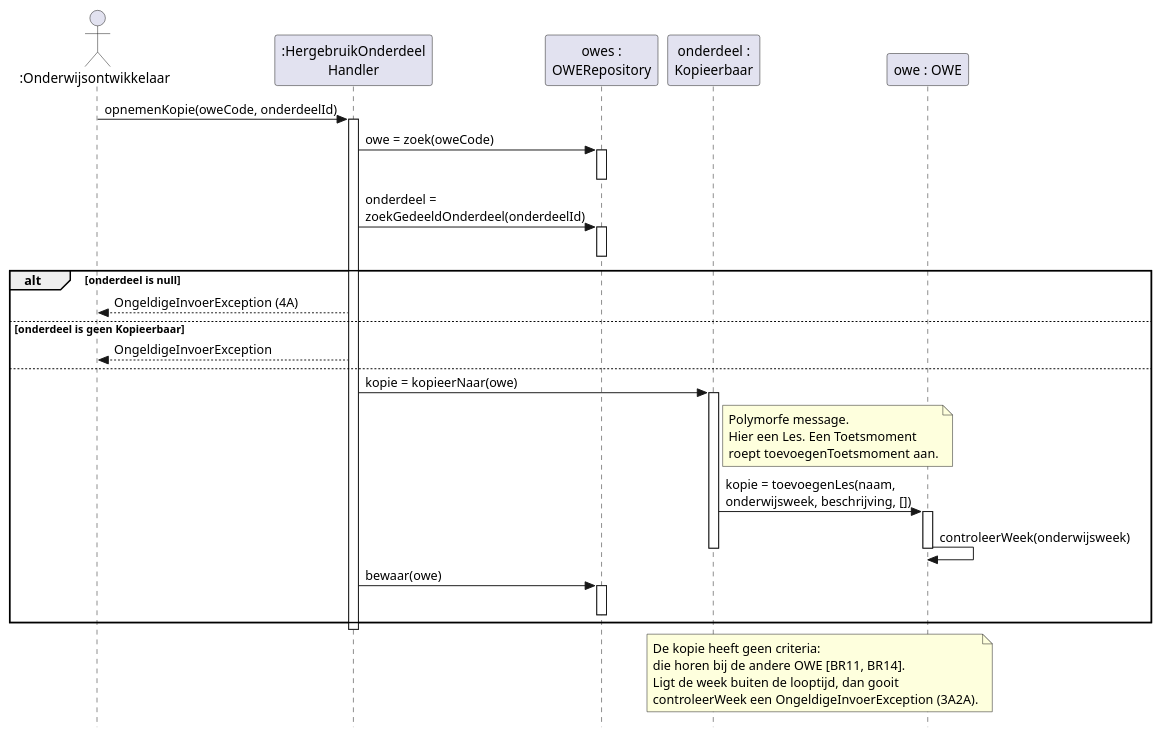
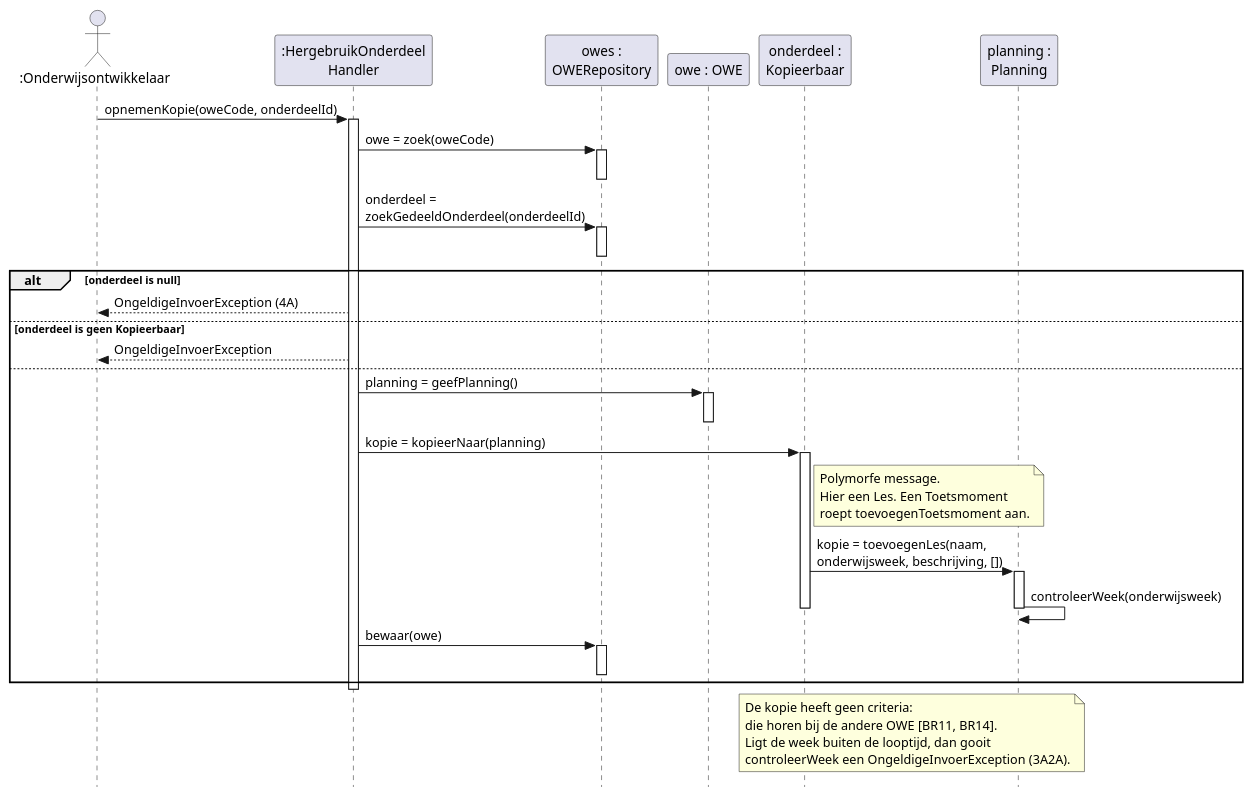
Before and after one commit to HAN-Craftsmanship-KL-JJG/casus: the diagram in docs/diagrams/sd-uc07-opnemenkopie.puml, drawn with PlantUML. The commit also changed 18 other files, not shown here.

First line of the commit message:
refactor(docs): split OWE into Rubric and Planning

```diff
--- a/docs/diagrams/sd-uc07-opnemenkopie.puml
+++ b/docs/diagrams/sd-uc07-opnemenkopie.puml
@@ -1,51 +1,55 @@
 @startuml sd-uc07-opnemenkopie
 ' Sequence diagram van systeemoperatie opnemenKopie (UC07, flow 3A).
 ' Toelichting: docs/08-sequencediagrammen.md
 skinparam style strictuml
 skinparam shadowing false
 skinparam defaultFontName Helvetica
 hide footbox
 
 actor ":Onderwijsontwikkelaar" as ontwikkelaar
 participant ":HergebruikOnderdeel\nHandler" as handler
 participant "owes :\nOWERepository" as owes
+participant "owe : OWE" as owe
 participant "onderdeel :\nKopieerbaar" as onderdeel
-participant "owe : OWE" as owe
+participant "planning :\nPlanning" as planning
 
 ontwikkelaar -> handler : opnemenKopie(oweCode, onderdeelId)
 activate handler
 handler -> owes : owe = zoek(oweCode)
 activate owes
 deactivate owes
 handler -> owes : onderdeel =\nzoekGedeeldOnderdeel(onderdeelId)
 activate owes
 deactivate owes
 alt onderdeel is null
   handler --> ontwikkelaar : OngeldigeInvoerException (4A)
 else onderdeel is geen Kopieerbaar
   handler --> ontwikkelaar : OngeldigeInvoerException
 else
-  handler -> onderdeel : kopie = kopieerNaar(owe)
+  handler -> owe : planning = geefPlanning()
+  activate owe
+  deactivate owe
+  handler -> onderdeel : kopie = kopieerNaar(planning)
   activate onderdeel
   note right of onderdeel
     Polymorfe message.
     Hier een Les. Een Toetsmoment
     roept toevoegenToetsmoment aan.
   end note
-  onderdeel -> owe : kopie = toevoegenLes(naam,\nonderwijsweek, beschrijving, [])
-  activate owe
-  owe -> owe : controleerWeek(onderwijsweek)
-  deactivate owe
+  onderdeel -> planning : kopie = toevoegenLes(naam,\nonderwijsweek, beschrijving, [])
+  activate planning
+  planning -> planning : controleerWeek(onderwijsweek)
+  deactivate planning
   deactivate onderdeel
   handler -> owes : bewaar(owe)
   activate owes
   deactivate owes
 end
 deactivate handler
-note over onderdeel, owe
+note over onderdeel, planning
   De kopie heeft geen criteria:
   die horen bij de andere OWE [BR11, BR14].
   Ligt de week buiten de looptijd, dan gooit
   controleerWeek een OngeldigeInvoerException (3A2A).
 end note
 @enduml
```
